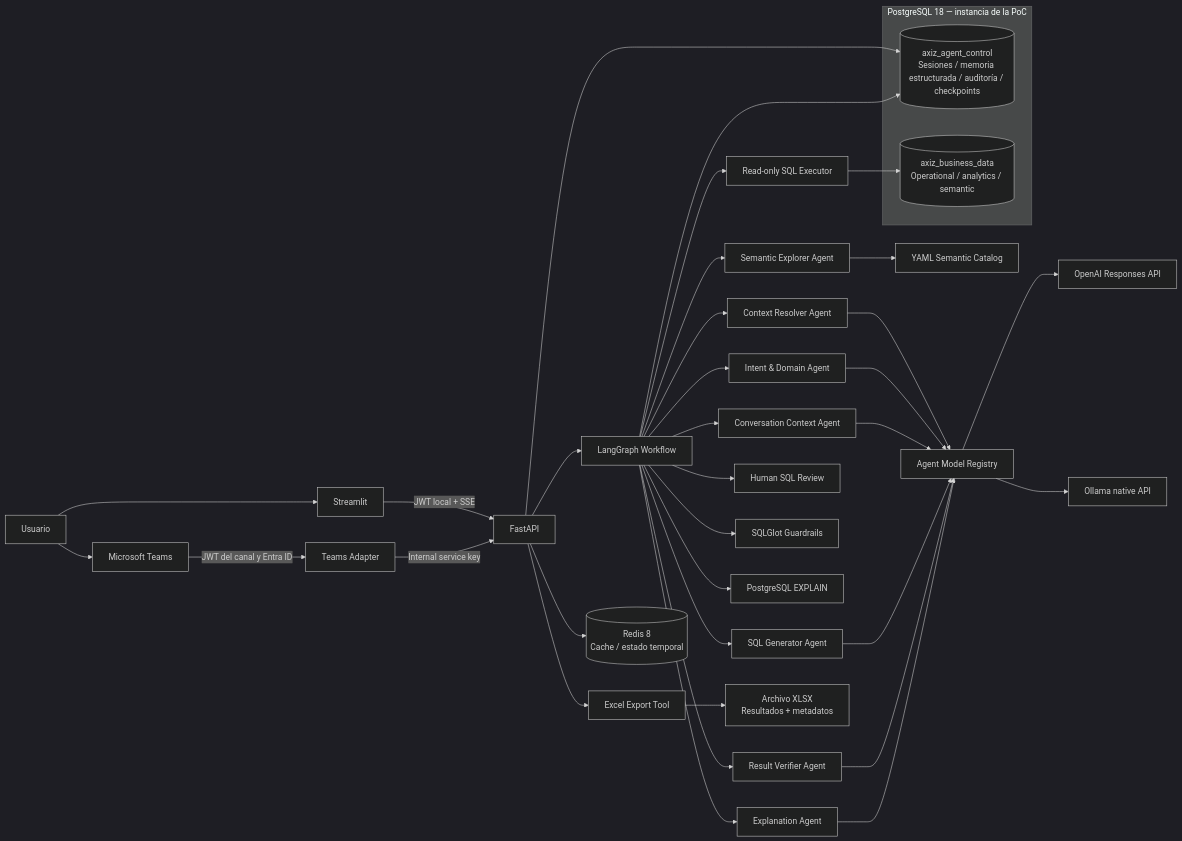
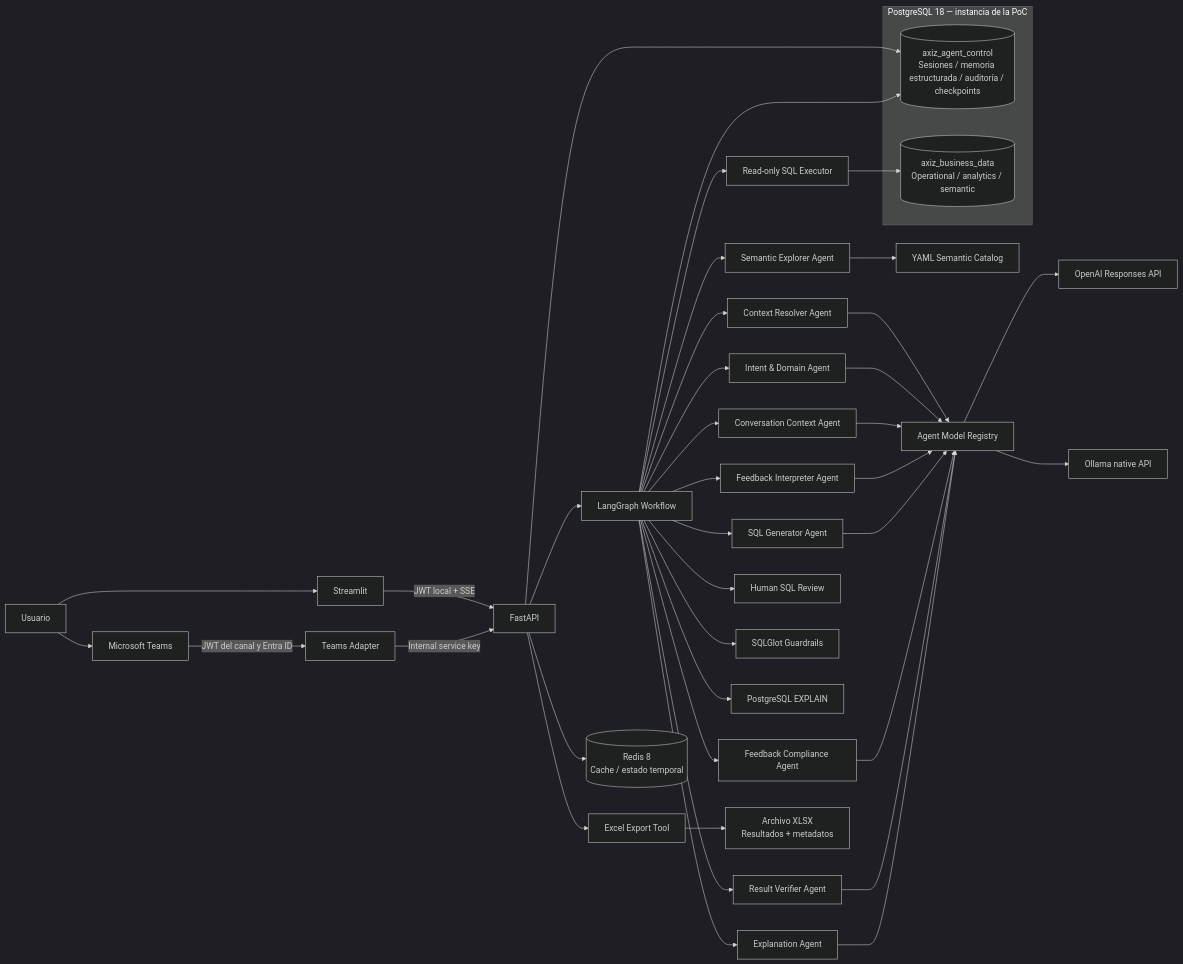
The first of 4 diagrams in README.md (edgarrth/multiagente-sql-reporter), drawn with Mermaid (dark theme) before and after one commit. The commit also changed other lines of this file and 26 other files, not shown here.

````diff
--- a/README.md
+++ b/README.md
@@ -83,48 +86,52 @@
 ```mermaid
 flowchart LR
     U[Usuario] --> ST[Streamlit]
     U --> TM[Microsoft Teams]
     ST -->|JWT local + SSE| API[FastAPI]
     TM -->|JWT del canal y Entra ID| TA[Teams Adapter]
     TA -->|Internal service key| API
 
     API --> LG[LangGraph Workflow]
     LG --> CR[Context Resolver Agent]
     LG --> IA[Intent & Domain Agent]
     LG --> CA[Conversation Context Agent]
     LG --> SA[Semantic Explorer Agent]
+    LG --> FI[Feedback Interpreter Agent]
     LG --> SQ[SQL Generator Agent]
+    LG --> FC[Feedback Compliance Agent]
     LG --> VA[Result Verifier Agent]
     LG --> EA[Explanation Agent]
 
     CR --> MR[Agent Model Registry]
     IA --> MR
     CA --> MR
+    FI --> MR
     SQ --> MR
+    FC --> MR
     VA --> MR
     EA --> MR
     MR --> OA[OpenAI Responses API]
     MR --> OL[Ollama native API]
 
     SA --> CAT[YAML Semantic Catalog]
     LG --> HITL[Human SQL Review]
     LG --> SG[SQLGlot Guardrails]
     LG --> CE[PostgreSQL EXPLAIN]
     LG --> EX[Read-only SQL Executor]
 
     subgraph PG[PostgreSQL 18 — instancia de la PoC]
         CTRL[(axiz_agent_control
 Sesiones / memoria estructurada / auditoría / checkpoints)]
         DATA[(axiz_business_data
 Operational / analytics / semantic)]
     end
 
     API --> CTRL
     LG --> CTRL
     EX --> DATA
     API --> XT[Excel Export Tool]
     XT --> XLSX[Archivo XLSX
 Resultados + metadatos]
     API --> RD[(Redis 8
 Cache / estado temporal)]
 ```
````
